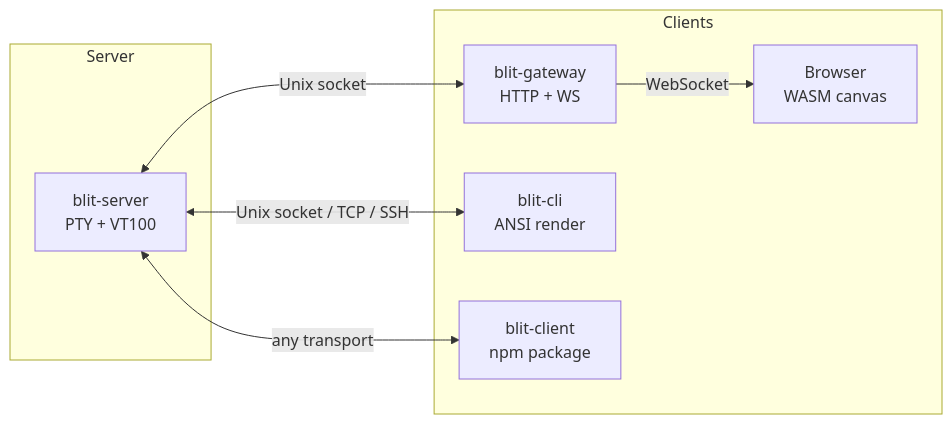
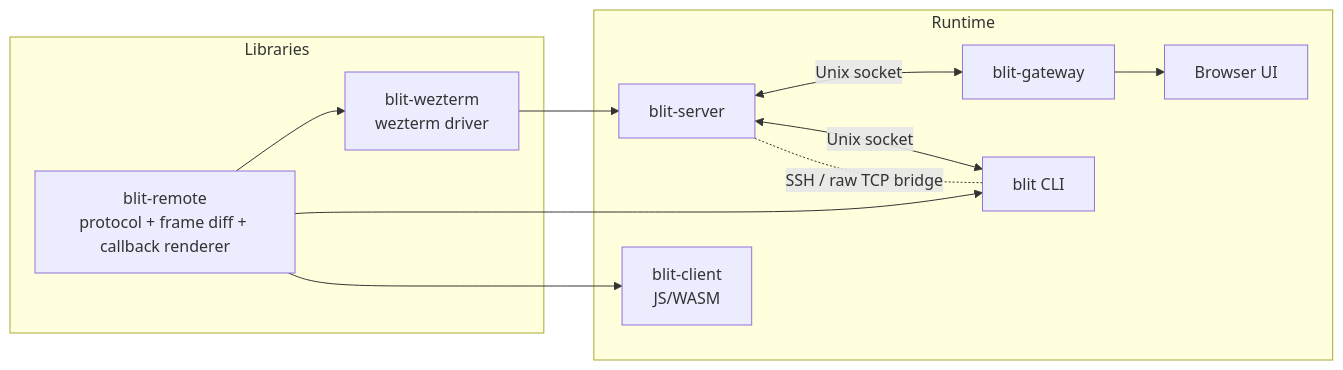
One commit to pcarrier/btrm changed the diagram in README.md. Above: the diagram before and after it, drawn with Mermaid. The commit also changed other lines of this file and 41 other files, not shown here.

````diff
--- a/README.md
+++ b/README.md
@@ -9,16 +69,24 @@
 ```mermaid
 graph LR
-    subgraph Server
-        S[blit-server<br/>PTY + VT100]
+    subgraph Libraries
+        R["blit-remote<br/>protocol + frame diff + callback renderer"]
+        WZ["blit-wezterm<br/>wezterm driver"]
     end
 
-    subgraph Clients
-        G[blit-gateway<br/>HTTP + WS] -->|WebSocket| B[Browser<br/>WASM canvas]
-        C[blit-cli<br/>ANSI render]
-        W[blit-client<br/>npm package]
+    subgraph Runtime
+        S["blit-server"]
+        G["blit-gateway"]
+        C["blit CLI"]
+        B["Browser UI"]
+        N["blit-client<br/>JS/WASM"]
     end
 
+    WZ --> S
+    R --> WZ
+    R --> C
+    R --> N
+    G --> B
     S <-->|Unix socket| G
-    S <-->|Unix socket / TCP / SSH| C
-    S <-->|any transport| W
+    S <-->|Unix socket| C
+    C -. SSH / raw TCP bridge .- S
 ```
````
